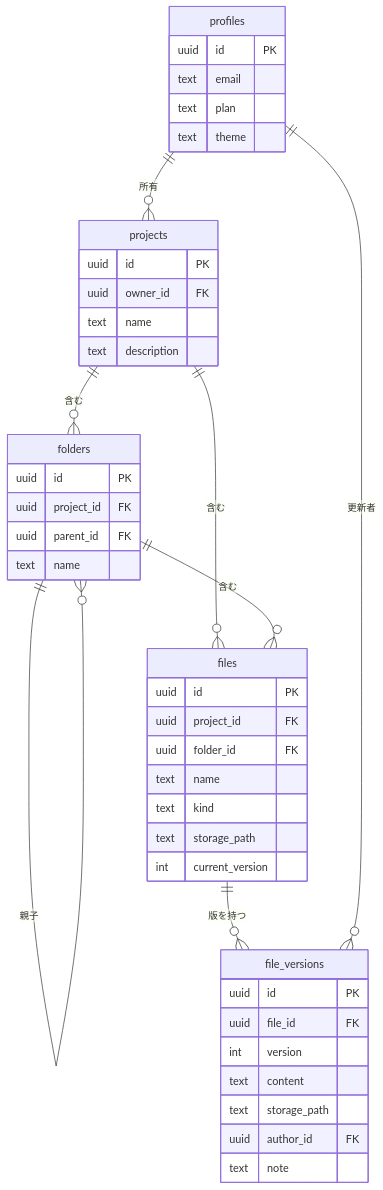
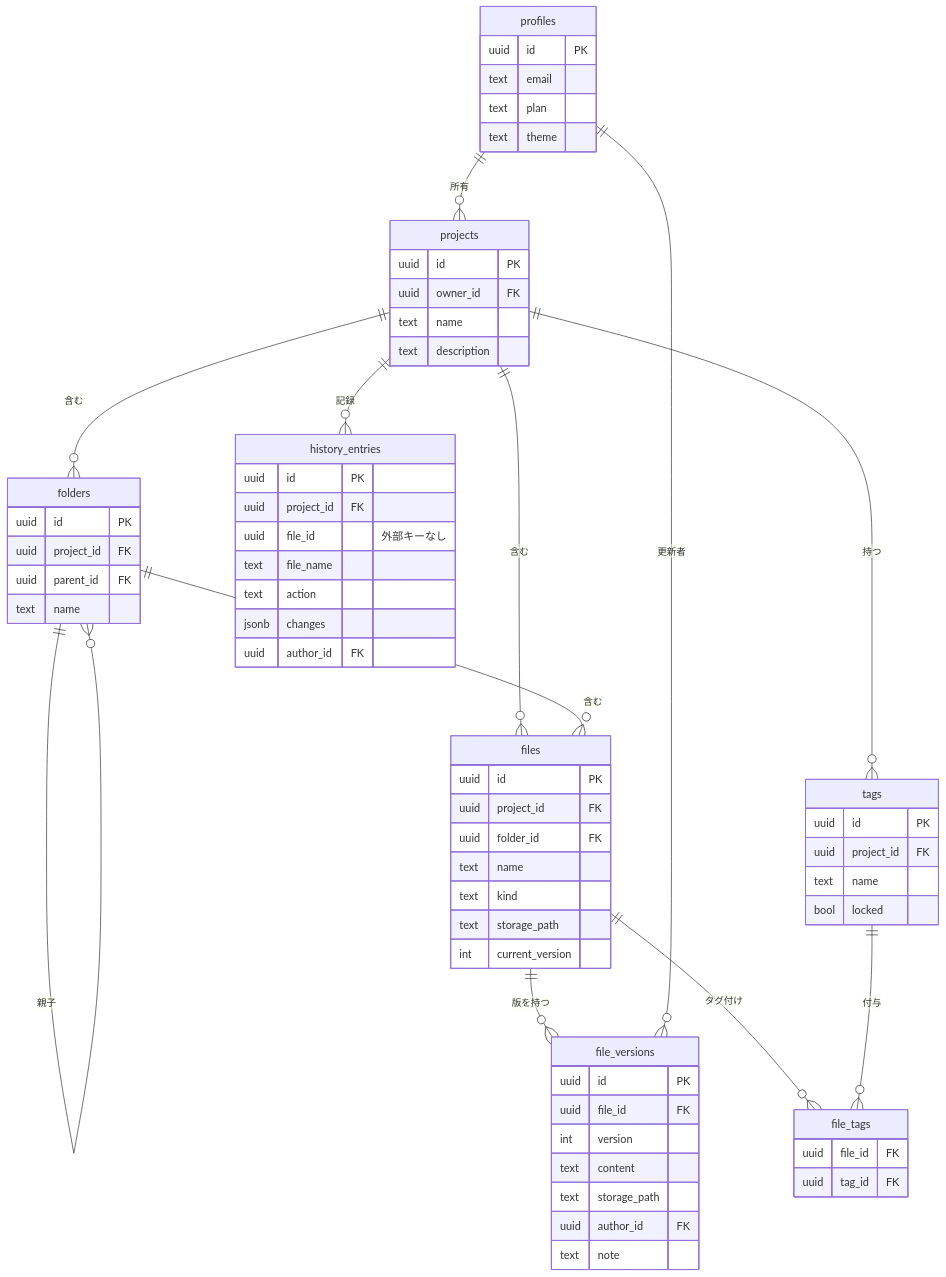
Before and after one commit to GP-Yoshihiro/TaskMatrix: the diagram in README.md, drawn with Mermaid. The commit also changed other lines of this file, not shown here.

````diff
--- a/README.md
+++ b/README.md
@@ -145,47 +166,70 @@
 ```mermaid
 erDiagram
     profiles ||--o{ projects : "所有"
     projects ||--o{ folders : "含む"
     projects ||--o{ files : "含む"
     folders  ||--o{ folders : "親子"
     folders  ||--o{ files : "含む"
     files    ||--o{ file_versions : "版を持つ"
     profiles ||--o{ file_versions : "更新者"
+    files    ||--o{ file_tags : "タグ付け"
+    projects ||--o{ tags : "持つ"
+    tags     ||--o{ file_tags : "付与"
+    projects ||--o{ history_entries : "記録"
 
     profiles {
         uuid id PK
         text email
         text plan
         text theme
     }
     projects {
         uuid id PK
         uuid owner_id FK
         text name
         text description
     }
     folders {
         uuid id PK
         uuid project_id FK
         uuid parent_id FK
         text name
     }
     files {
         uuid id PK
         uuid project_id FK
         uuid folder_id FK
         text name
         text kind
         text storage_path
         int  current_version
     }
     file_versions {
         uuid id PK
         uuid file_id FK
         int  version
         text content
         text storage_path
         uuid author_id FK
         text note
     }
+    history_entries {
+        uuid id PK
+        uuid project_id FK
+        uuid file_id "外部キーなし"
+        text file_name
+        text action
+        jsonb changes
+        uuid author_id FK
+    }
+    tags {
+        uuid id PK
+        uuid project_id FK
+        text name
+        bool locked
+    }
+    file_tags {
+        uuid file_id FK
+        uuid tag_id FK
+    }
 ```
````
